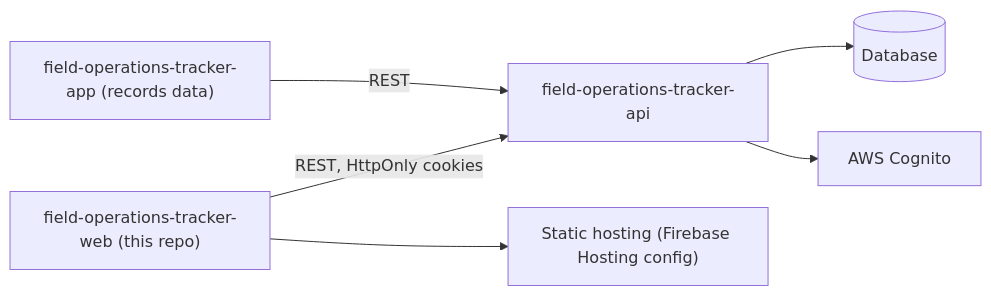
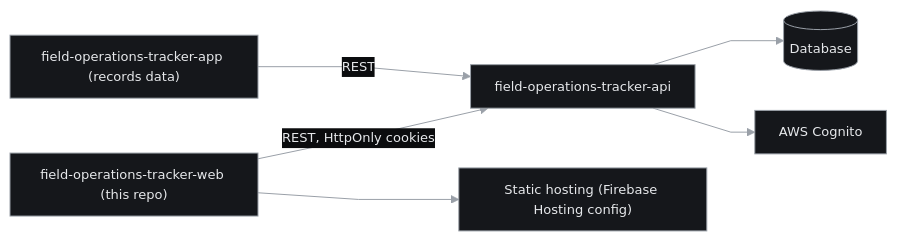
One commit to mkwitko/field-operations-tracker-web changed the first of 2 diagrams in README.md. Above: the diagram before and after it, drawn with Mermaid. The commit also changed other lines of this file and 6 other files, not shown here.

Commit message:
brand: framed screenshots and diagram palette (#6)

````diff
--- a/README.md
+++ b/README.md
@@ -40,8 +40,9 @@
 ```mermaid
+%%{init: {"theme":"base","themeVariables":{"background":"#0B0C0E","primaryColor":"#15171B","primaryTextColor":"#E6E8EB","primaryBorderColor":"#9AA0A8","secondaryColor":"#1E2126","tertiaryColor":"#1E2126","lineColor":"#9AA0A8","textColor":"#E6E8EB","clusterBkg":"#101216","clusterBorder":"#2A2E35","edgeLabelBackground":"#0B0C0E","actorBkg":"#15171B","actorBorder":"#9AA0A8","actorTextColor":"#E6E8EB","signalColor":"#9AA0A8","signalTextColor":"#E6E8EB","noteBkgColor":"#1E2126","noteTextColor":"#E6E8EB","noteBorderColor":"#2A2E35","fontFamily":"ui-monospace, SFMono-Regular, Menlo, monospace","fontSize":"13px"}, "flowchart":{"curve":"linear","nodeSpacing":40,"rankSpacing":48,"padding":12}}}%%
 flowchart LR
   Mobile["field-operations-tracker-app (records data)"] -->|REST| API["field-operations-tracker-api"]
   Web["field-operations-tracker-web (this repo)"] -->|"REST, HttpOnly cookies"| API
   API --> DB[(Database)]
   API --> Cognito[AWS Cognito]
   Web --> Hosting["Static hosting (Firebase Hosting config)"]
 ```
````
